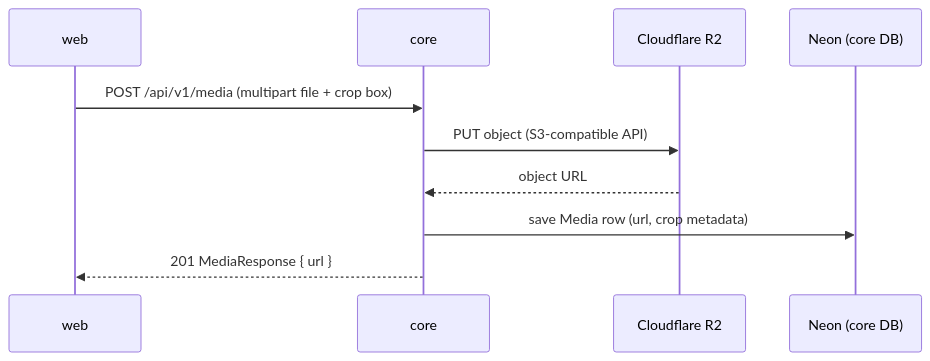
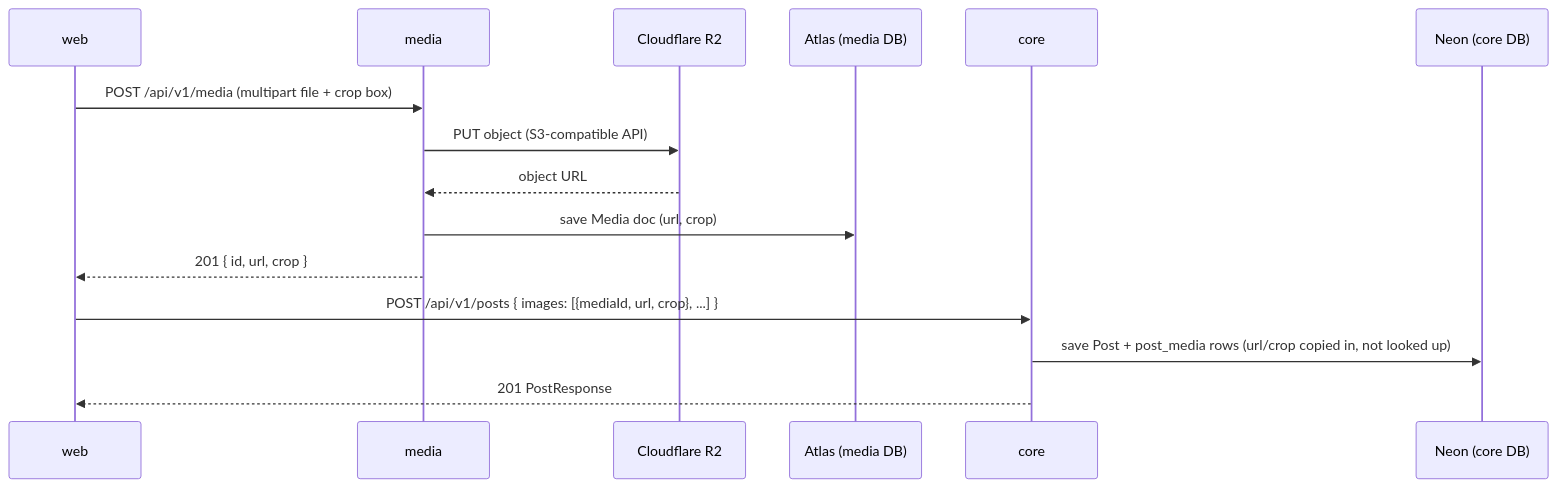
One commit to hdang-dev/dannest changed the fifth of 6 diagrams in docs/tech/architecture-flows.md. Above: the diagram before and after it, drawn with Mermaid. The commit also changed other lines of this file and 69 other files, not shown here.

````diff
--- a/docs/tech/architecture-flows.md
+++ b/docs/tech/architecture-flows.md
@@ -219,13 +249,18 @@
 ```mermaid
 sequenceDiagram
     participant W as web
+    participant M as media
+    participant R2 as Cloudflare R2
+    participant DB2 as Atlas (media DB)
     participant C as core
-    participant R2 as Cloudflare R2
     participant DB1 as Neon (core DB)
 
-    W->>C: POST /api/v1/media (multipart file + crop box)
-    C->>R2: PUT object (S3-compatible API)
-    R2-->>C: object URL
-    C->>DB1: save Media row (url, crop metadata)
-    C-->>W: 201 MediaResponse { url }
+    W->>M: POST /api/v1/media (multipart file + crop box)
+    M->>R2: PUT object (S3-compatible API)
+    R2-->>M: object URL
+    M->>DB2: save Media doc (url, crop)
+    M-->>W: 201 { id, url, crop }
+    W->>C: POST /api/v1/posts { images: [{mediaId, url, crop}, ...] }
+    C->>DB1: save Post + post_media rows (url/crop copied in, not looked up)
+    C-->>W: 201 PostResponse
 ```
````
